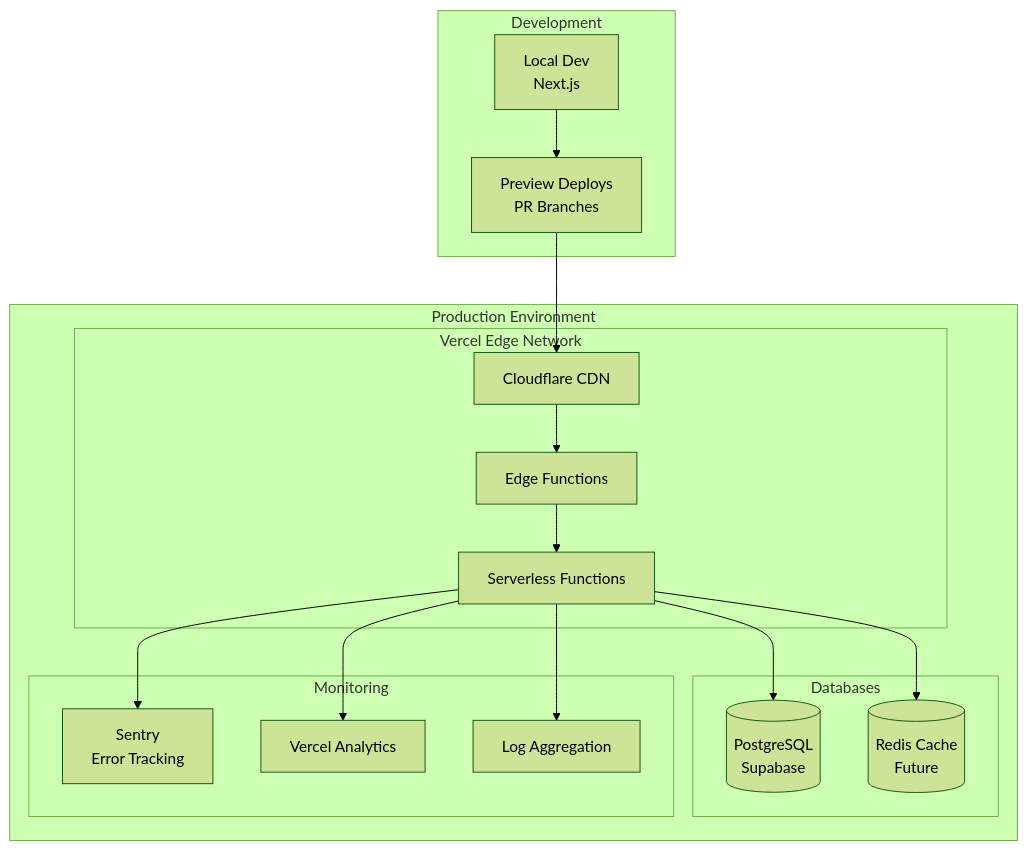
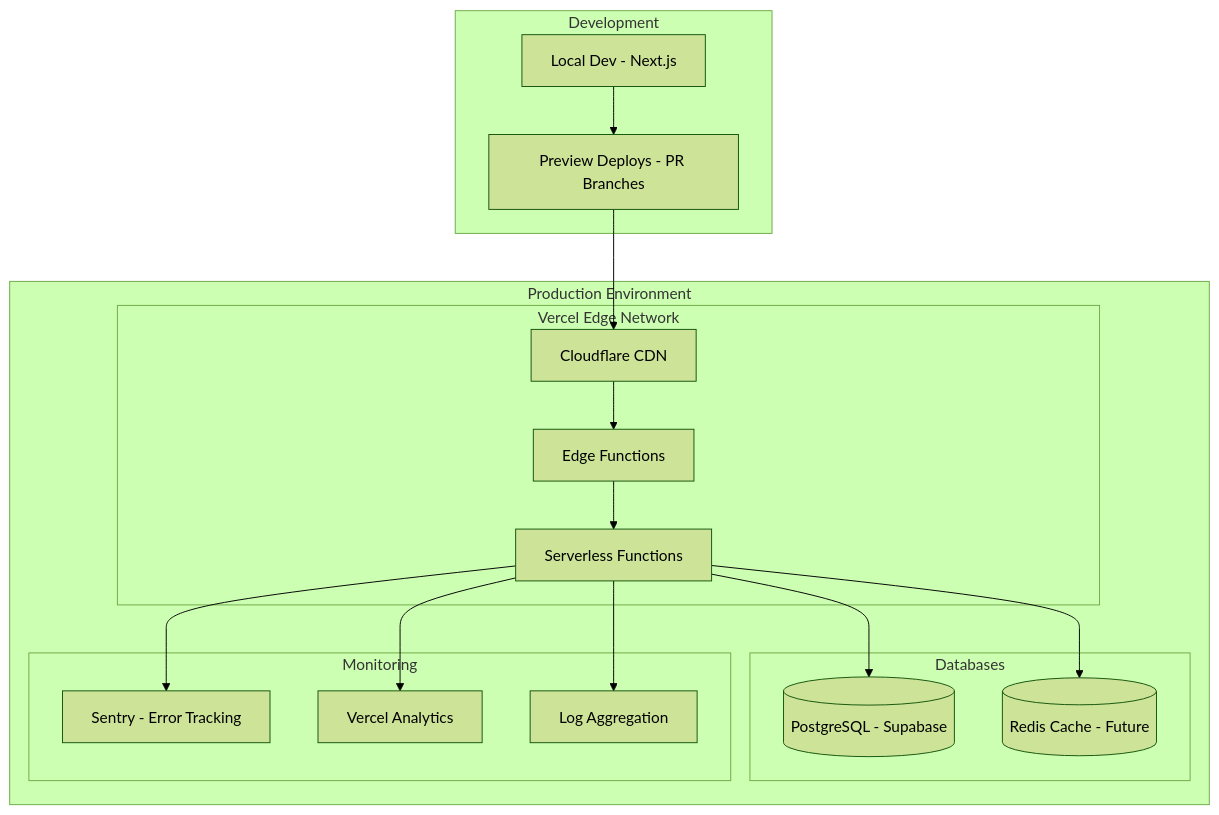
Before and after one commit to tmscoach/teamOS-Agents-Demo: the tenth of 11 diagrams in docs/tms-api-spec/SYSTEM-ARCHITECTURE.md, drawn with Mermaid (forest theme). The commit also changed other lines of this file, not shown here.

First line of the commit message:
fix: Replace HTML br tags in Mermaid diagrams

````diff
--- a/docs/tms-api-spec/SYSTEM-ARCHITECTURE.md
+++ b/docs/tms-api-spec/SYSTEM-ARCHITECTURE.md
@@ -402,38 +402,38 @@
 ```mermaid
 graph TB
     subgraph "Production Environment"
         subgraph "Vercel Edge Network"
             CF[Cloudflare CDN]
             Edge[Edge Functions]
             Server[Serverless Functions]
         end
         
         subgraph "Databases"
-            PG[(PostgreSQL<br/>Supabase)]
-            Redis[(Redis Cache<br/>Future)]
+            PG[(PostgreSQL - Supabase)]
+            Redis[(Redis Cache - Future)]
         end
         
         subgraph "Monitoring"
-            Sentry[Sentry<br/>Error Tracking]
+            Sentry[Sentry - Error Tracking]
             Analytics[Vercel Analytics]
             Logs[Log Aggregation]
         end
     end
     
     subgraph "Development"
-        Local[Local Dev<br/>Next.js]
-        Preview[Preview Deploys<br/>PR Branches]
+        Local[Local Dev - Next.js]
+        Preview[Preview Deploys - PR Branches]
     end
     
     CF --> Edge
     Edge --> Server
     Server --> PG
     Server --> Redis
     
     Local --> Preview
     Preview --> CF
     
     Server --> Sentry
     Server --> Analytics
     Server --> Logs
 ```
````
